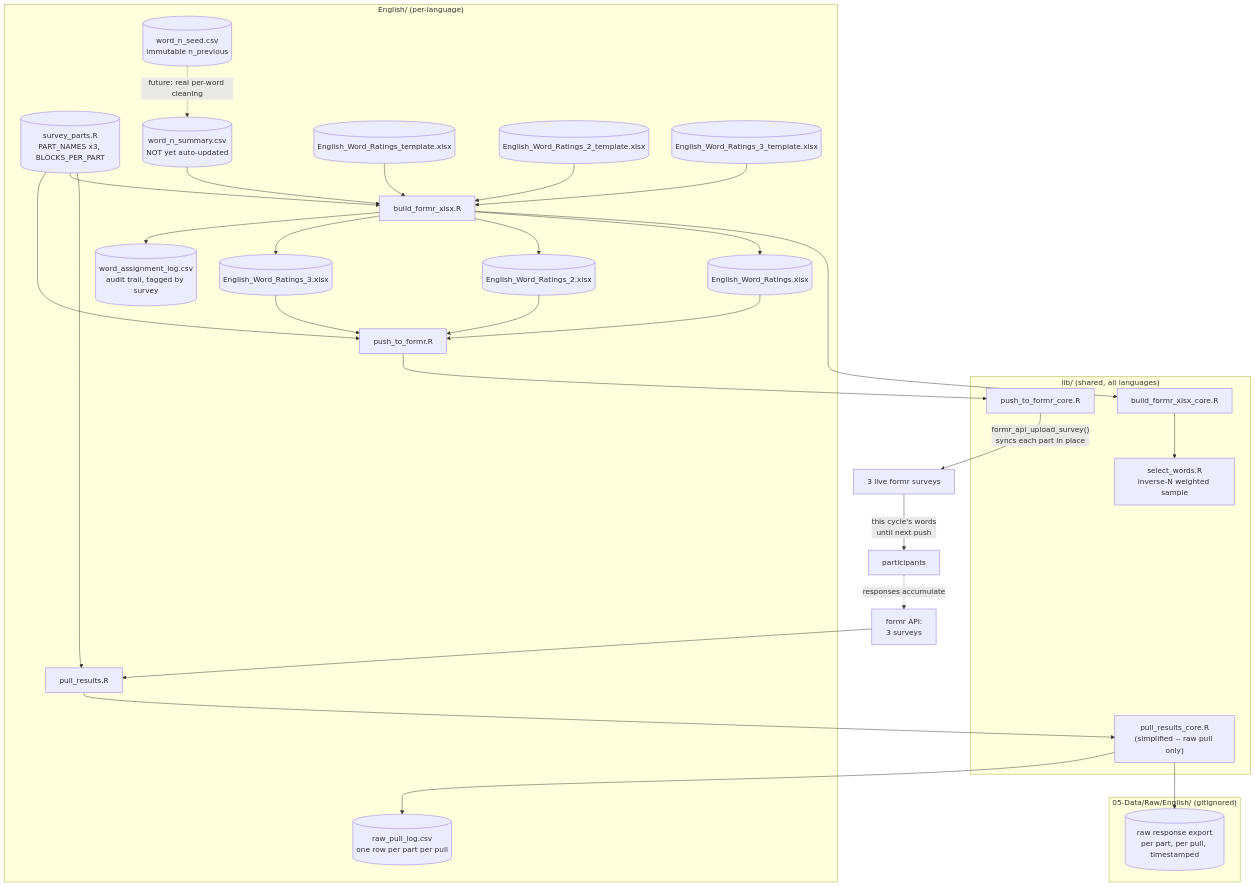
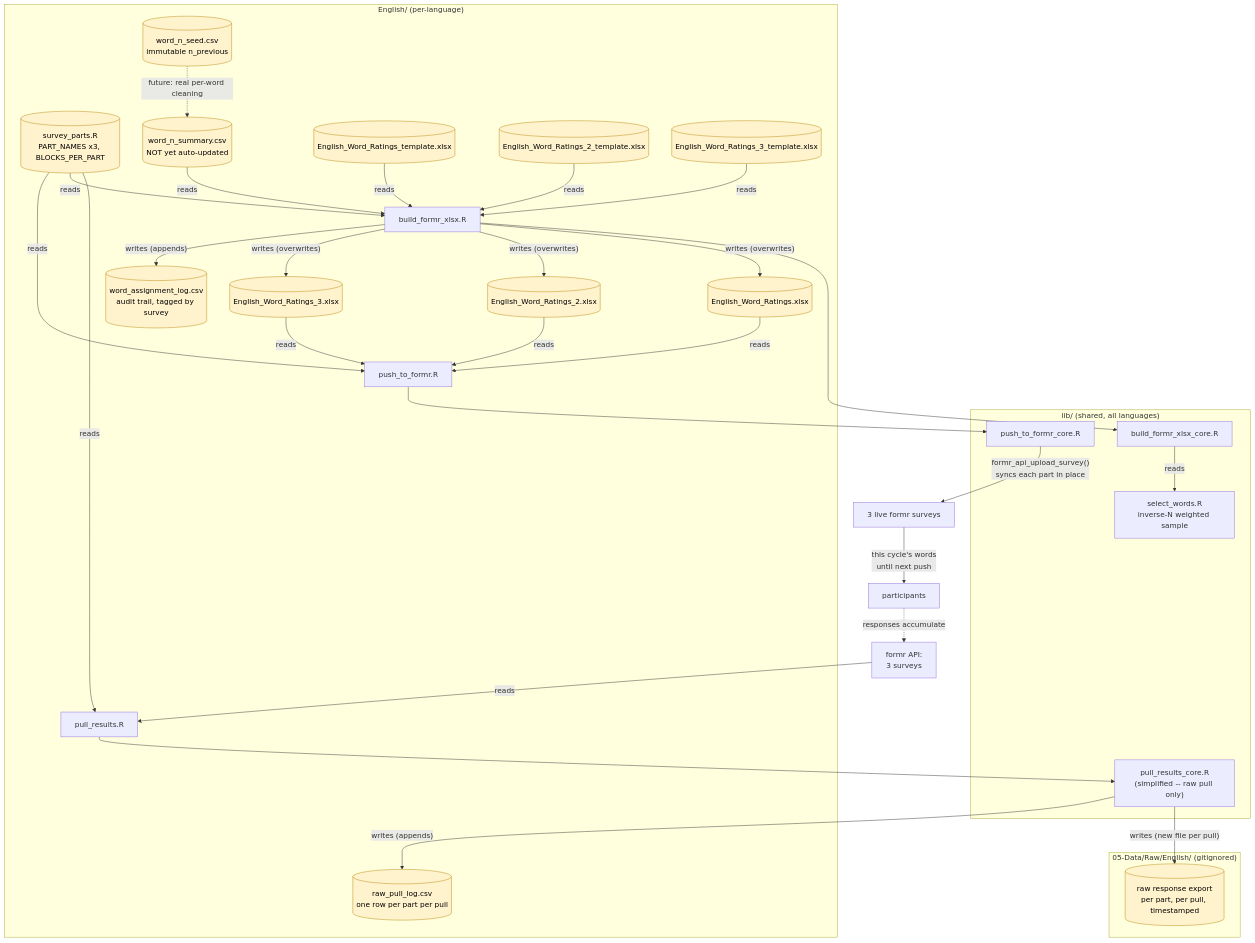
The diagram in 02-Task/English/README.md (many-languages/ManyUses), drawn with Mermaid before and after one commit. The commit also changed other lines of this file and 1 other file, not shown here.

Commit message:
Make log commits best-effort so they always reach GitHub
Since this repo lives on the server, a log update that only exists in
the server's local working copy and never gets pushed is as good as
lost. Previously, set -e meant a failure partway through (e.g.
build_formr_xlsx.R erroring after pull_results.R had already written a
new raw_pull_log.csv row) would abort before the commit+push step ever
ran. Each of the three R steps is now best-effort, and commit+push
always runs afterward with whatever was actually produced; the script
still exits non-zero overall if anything failed. Also clarifies the
Mermaid pipeline diagram with explicit reads/writes edge labels and a
distinct file-node style.

````diff
--- a/02-Task/English/README.md
+++ b/02-Task/English/README.md
@@ -55,50 +55,53 @@
 ```mermaid
 flowchart TD
     subgraph shared["lib/ (shared, all languages)"]
         selwords["select_words.R\ninverse-N weighted sample"]
         buildcore["build_formr_xlsx_core.R"]
         pushcore["push_to_formr_core.R"]
         pullcore["pull_results_core.R\n(simplified -- raw pull only)"]
     end
 
     subgraph eng["English/ (per-language)"]
         parts[("survey_parts.R\nPART_NAMES x3, BLOCKS_PER_PART")]
         pull["pull_results.R"]
         build["build_formr_xlsx.R"]
         push["push_to_formr.R"]
         wnseed[("word_n_seed.csv\nimmutable n_previous")]
         wnsum[("word_n_summary.csv\nNOT yet auto-updated")]
         pulllog[("raw_pull_log.csv\none row per part per pull")]
         t1[("English_Word_Ratings_template.xlsx")]
         t2[("English_Word_Ratings_2_template.xlsx")]
         t3[("English_Word_Ratings_3_template.xlsx")]
         r1[("English_Word_Ratings.xlsx")]
         r2[("English_Word_Ratings_2.xlsx")]
         r3[("English_Word_Ratings_3.xlsx")]
         log[("word_assignment_log.csv\naudit trail, tagged by survey")]
     end
 
     subgraph data["05-Data/Raw/English/ (gitignored)"]
         rawcsv[("raw response export\nper part, per pull, timestamped")]
     end
 
-    formrapi["formr API:\n3 surveys"] --> pull
-    parts --> pull
+    formrapi["formr API:\n3 surveys"] -->|"reads"| pull
+    parts -->|"reads"| pull
     pull --> pullcore
-    pullcore --> rawcsv
-    pullcore --> pulllog
+    pullcore -->|"writes (new file per pull)"| rawcsv
+    pullcore -->|"writes (appends)"| pulllog
     wnseed -.->|"future: real per-word cleaning"| wnsum
-    wnsum --> build
-    parts --> build
+    wnsum -->|"reads"| build
+    parts -->|"reads"| build
     build --> buildcore
-    buildcore --> selwords
-    t1 & t2 & t3 --> build
-    build --> r1 & r2 & r3
-    build --> log
-    r1 & r2 & r3 --> push
-    parts --> push
+    buildcore -->|"reads"| selwords
+    t1 & t2 & t3 -->|"reads"| build
+    build -->|"writes (overwrites)"| r1 & r2 & r3
+    build -->|"writes (appends)"| log
+    r1 & r2 & r3 -->|"reads"| push
+    parts -->|"reads"| push
     push --> pushcore
     pushcore -->|"formr_api_upload_survey()\nsyncs each part in place"| formrstudy["3 live formr surveys"]
     formrstudy -->|"this cycle's words\nuntil next push"| participants["participants"]
     participants -.->|"responses accumulate"| formrapi
+
+    classDef fileNode fill:#fff3cd,stroke:#b8860b,color:#000
+    class wnseed,wnsum,pulllog,t1,t2,t3,r1,r2,r3,log,rawcsv,parts fileNode
 ```
````
